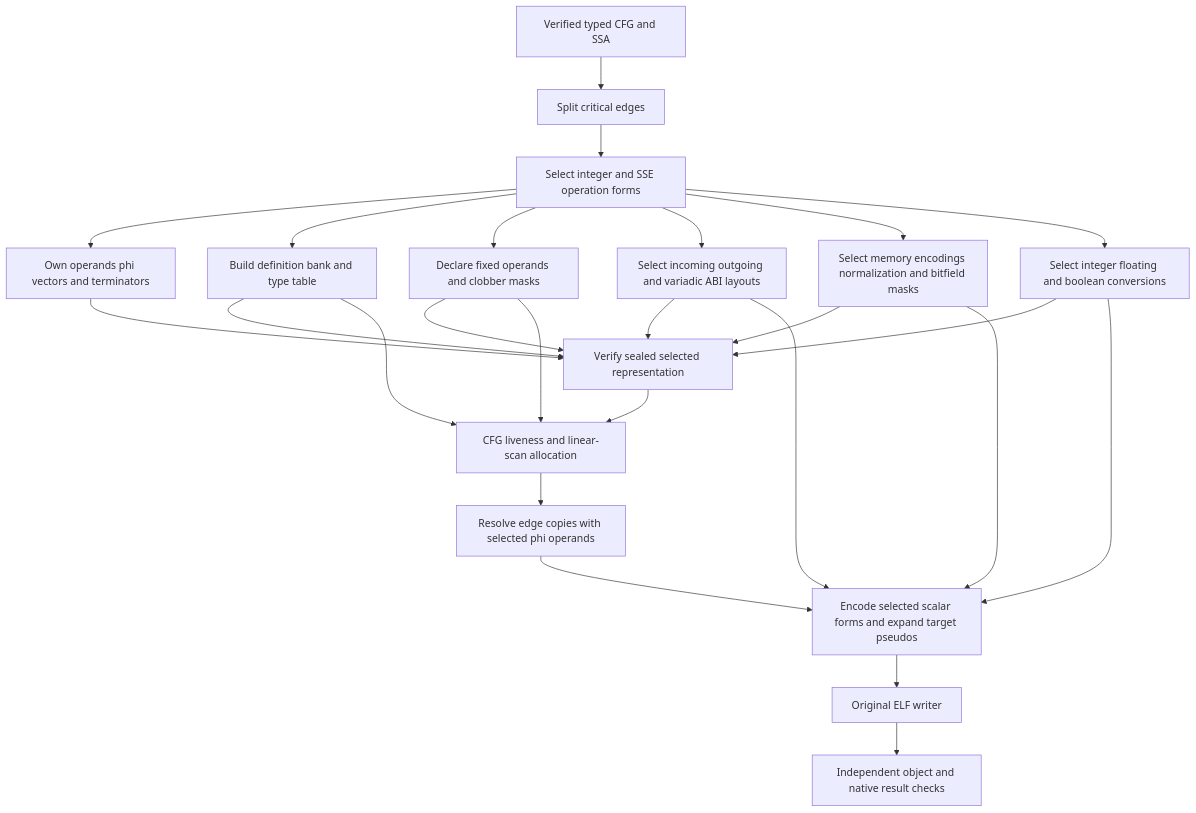
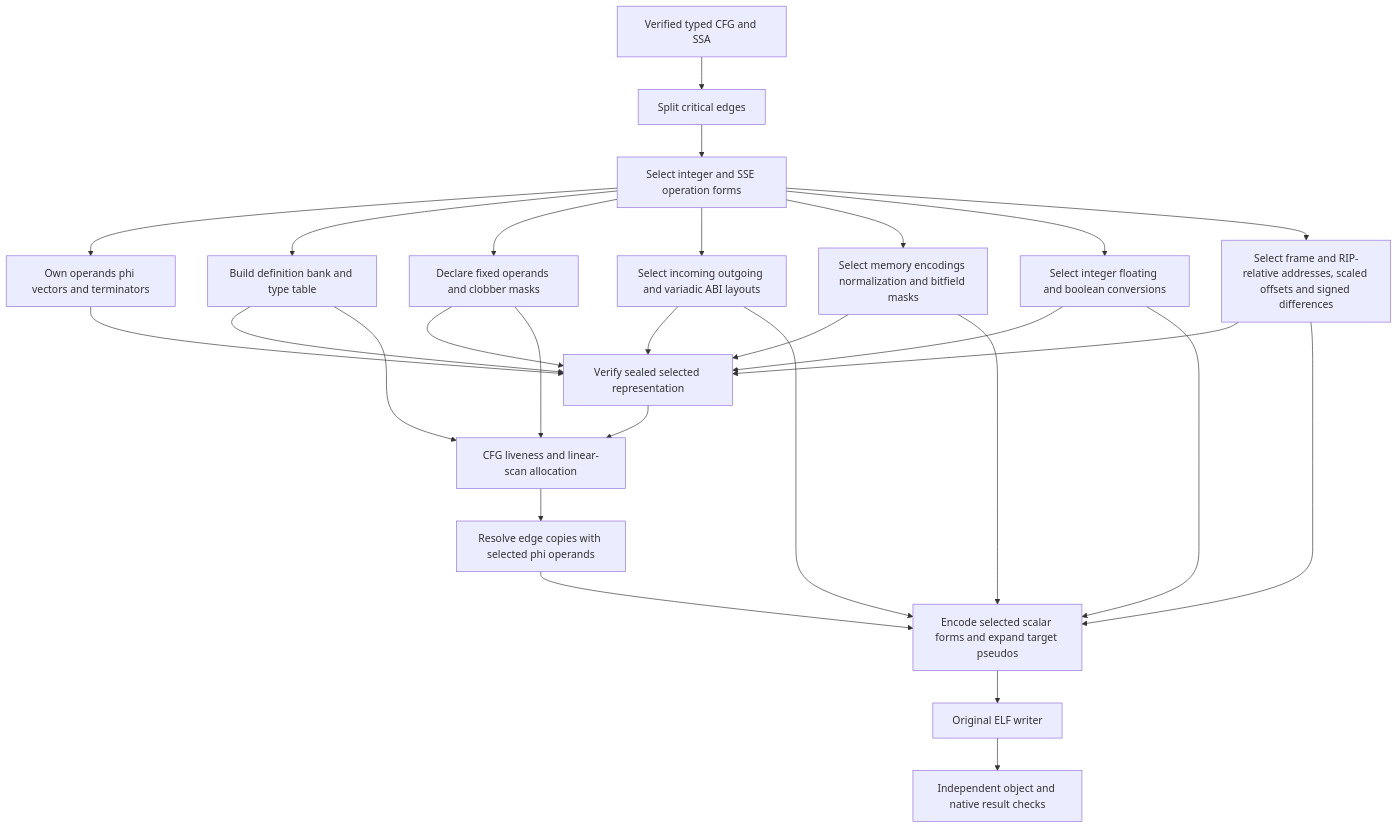
One commit to Aneesh495/cinder changed the diagram in docs/diagrams/machine-selection.mmd. Above: the diagram before and after it, drawn with Mermaid. The commit also changed 17 other files, not shown here.

Commit message:
Select and verify pointer address programs before encoding

```diff
--- a/docs/diagrams/machine-selection.mmd
+++ b/docs/diagrams/machine-selection.mmd
@@ -1,25 +1,28 @@
 flowchart TD
   IR[Verified typed CFG and SSA] --> EDGE[Split critical edges]
   EDGE --> SELECT[Select integer and SSE operation forms]
   SELECT --> OWN[Own operands phi vectors and terminators]
   SELECT --> BANK[Build definition bank and type table]
   SELECT --> CONTRACT[Declare fixed operands and clobber masks]
   SELECT --> ABI[Select incoming outgoing and variadic ABI layouts]
   SELECT --> STORAGE[Select memory encodings normalization and bitfield masks]
   SELECT --> CONVERT[Select integer floating and boolean conversions]
+  SELECT --> ADDRESS[Select frame and RIP-relative addresses, scaled offsets and signed differences]
   OWN --> VERIFY[Verify sealed selected representation]
   BANK --> VERIFY
   CONTRACT --> VERIFY
   ABI --> VERIFY
   STORAGE --> VERIFY
   CONVERT --> VERIFY
+  ADDRESS --> VERIFY
   VERIFY --> LIVE[CFG liveness and linear-scan allocation]
   BANK --> LIVE
   CONTRACT --> LIVE
   LIVE --> COPY[Resolve edge copies with selected phi operands]
   COPY --> ENCODE[Encode selected scalar forms and expand target pseudos]
   ABI --> ENCODE
   STORAGE --> ENCODE
   CONVERT --> ENCODE
+  ADDRESS --> ENCODE
   ENCODE --> ELF[Original ELF writer]
   ELF --> CHECK[Independent object and native result checks]
```
